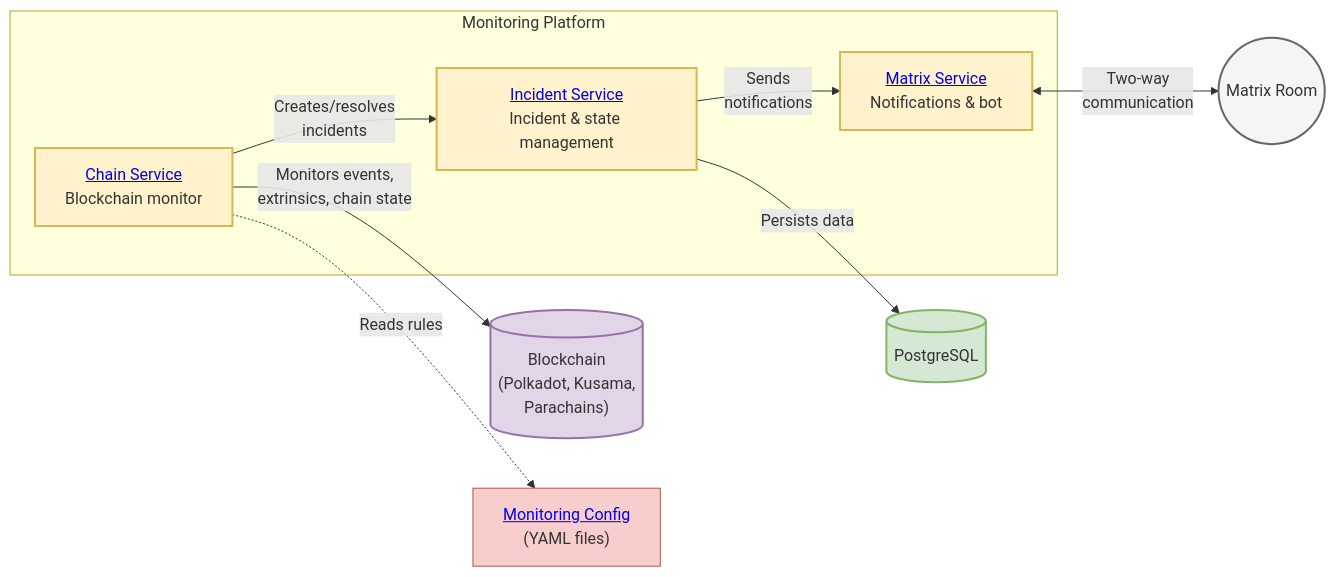
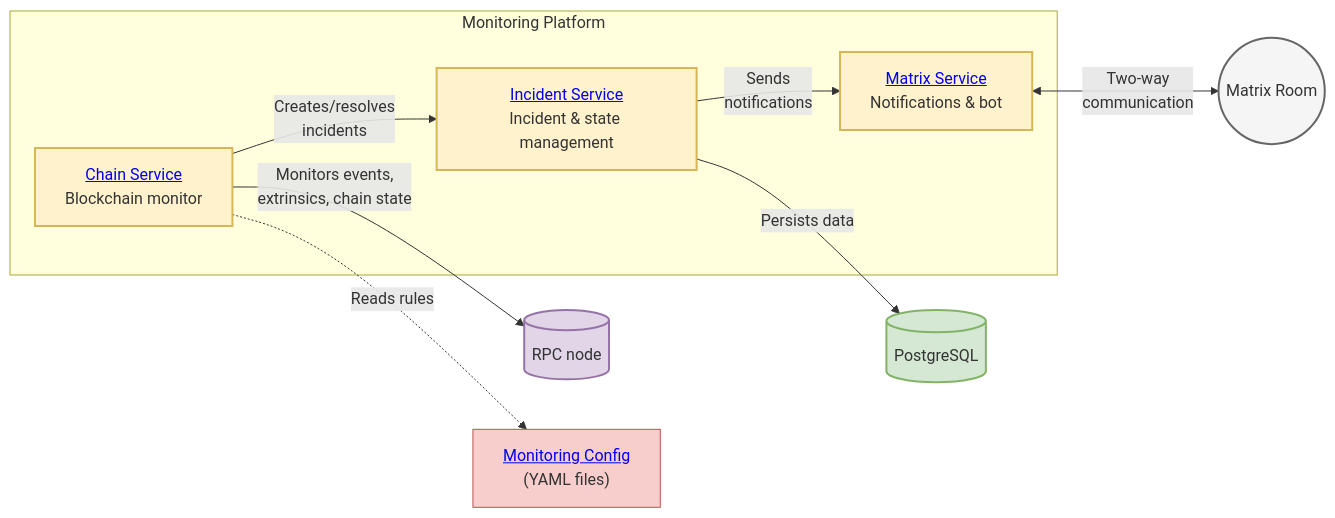
Before and after one commit to w3f/polguard: the second of 2 diagrams in README.md, drawn with Mermaid. The commit also changed other lines of this file and 19 other files, not shown here.

````diff
--- a/README.md
+++ b/README.md
@@ -77,30 +77,30 @@
 ```mermaid
 graph LR
     %% External Components
-    Blockchain[("Blockchain<br>(Polkadot, Kusama,<br>Parachains)")]:::blockchain
+    Blockchain[("RPC node")]:::blockchain
     Postgres[(PostgreSQL)]:::database
     MatrixRoom((Matrix Room)):::external
     Config["<a href='https://github.com/w3f/monitoring-platform/blob/master/packages/config/CONFIG_GUIDE.md' title='Configuration Guide'>Monitoring Config</a><br>(YAML files)"]:::config
     
     %% Core Services
     subgraph Services ["Monitoring Platform"]
         Incident["<a href='https://github.com/w3f/monitoring-platform/blob/master/packages/incident/README.md' title='Incident Service Documentation'>Incident Service</a><br>Incident & state management"]:::service
         Matrix["<a href='https://github.com/w3f/monitoring-platform/blob/master/packages/matrix/README.md' title='Matrix Service Documentation'>Matrix Service</a><br>Notifications & bot"]:::service
         Chain["<a href='https://github.com/w3f/monitoring-platform/blob/master/packages/chain/README.md' title='Chain Service Documentation'>Chain Service</a><br>Blockchain monitor"]:::service
     end
     
     %% Connections
     Chain -->|"Monitors events,<br>extrinsics, chain state"| Blockchain
     Chain -.->|"Reads rules"| Config
     Chain -->|"Creates/resolves<br>incidents"| Incident
     Incident -->|"Sends<br>notifications"| Matrix
     Matrix <-->|"Two-way<br>communication"| MatrixRoom
     Incident -->|"Persists data"| Postgres
     
     %% Styling
     classDef service fill:#FFF2CC,stroke:#D6B656,stroke-width:2px
     classDef blockchain fill:#E1D5E7,stroke:#9673A6,stroke-width:2px
     classDef database fill:#D4E8D4,stroke:#82B366,stroke-width:2px
     classDef external fill:#F5F5F5,stroke:#666666,stroke-width:2px
     classDef config fill:#F8CECC,stroke:#B85450,stroke-width:1px
 ```
````
